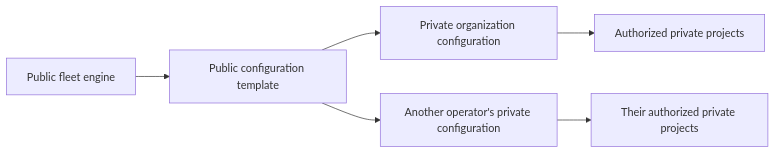
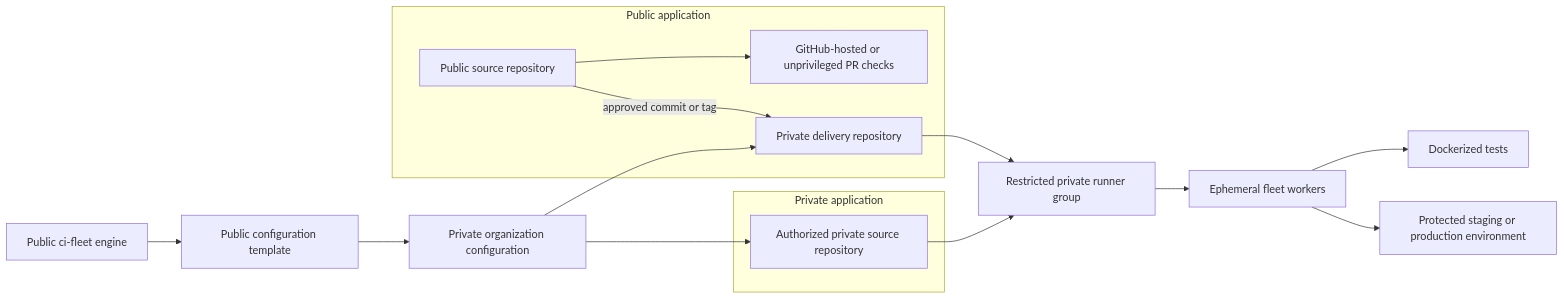
One commit to RandomDevelopment/ci-fleet changed the diagram in docs/PUBLIC-PRIVATE-CONFIGURATION.md. Above: the diagram before and after it, drawn with Mermaid. The commit also changed other lines of this file, not shown here.

Commit message:
docs: explain public projects with private delivery repositories

````diff
--- a/docs/PUBLIC-PRIVATE-CONFIGURATION.md
+++ b/docs/PUBLIC-PRIVATE-CONFIGURATION.md
@@ -7,8 +9,22 @@
 ```mermaid
 flowchart LR
-  F[Public fleet engine] --> T[Public configuration template]
-  T --> R[Private organization configuration]
-  T --> U[Another operator's private configuration]
-  R --> P[Authorized private projects]
-  U --> X[Their authorized private projects]
+  F[Public ci-fleet engine] --> T[Public configuration template]
+  T --> C[Private organization configuration]
+
+  subgraph PublicProject[Public application]
+    PS[Public source repository] --> GH[GitHub-hosted or unprivileged PR checks]
+    PS -->|approved commit or tag| PD[Private delivery repository]
+  end
+
+  subgraph PrivateProject[Private application]
+    PR[Authorized private source repository]
+  end
+
+  C --> PD
+  C --> PR
+  PD --> RG[Restricted private runner group]
+  PR --> RG
+  RG --> W[Ephemeral fleet workers]
+  W --> TEST[Dockerized tests]
+  W --> ENV[Protected staging or production environment]
 ```
````
